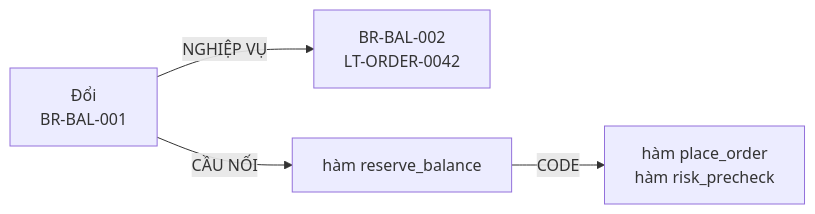
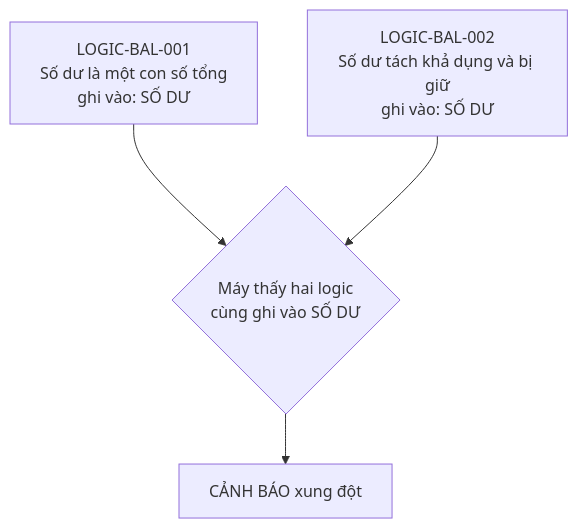
The fifth of 10 diagrams in design/00-BAT-DAU-TU-DAY.md (Kynderis/kendrick-ai-tools), drawn with Mermaid before and after one commit. The commit also changed other lines of this file and 4 other files, not shown here.

````diff
--- a/design/00-BAT-DAU-TU-DAY.md
+++ b/design/00-BAT-DAU-TU-DAY.md
@@ -243,6 +251,6 @@
 ```mermaid
-flowchart LR
-    A["Đổi<br/>BR-BAL-001"] -->|"NGHIỆP VỤ"| B["BR-BAL-002<br/>LT-ORDER-0042"]
-    A -->|"CẦU NỐI"| C["hàm reserve_balance"]
-    C -->|"CODE"| D["hàm place_order<br/>hàm risk_precheck"]
+flowchart TD
+    A["LOGIC-BAL-001<br/>Số dư là một con số tổng<br/>ghi vào: SỐ DƯ"] --> C{"Máy thấy hai logic<br/>cùng ghi vào SỐ DƯ"}
+    B["LOGIC-BAL-002<br/>Số dư tách khả dụng và bị giữ<br/>ghi vào: SỐ DƯ"] --> C
+    C --> D["CẢNH BÁO xung đột"]
 ```
````
